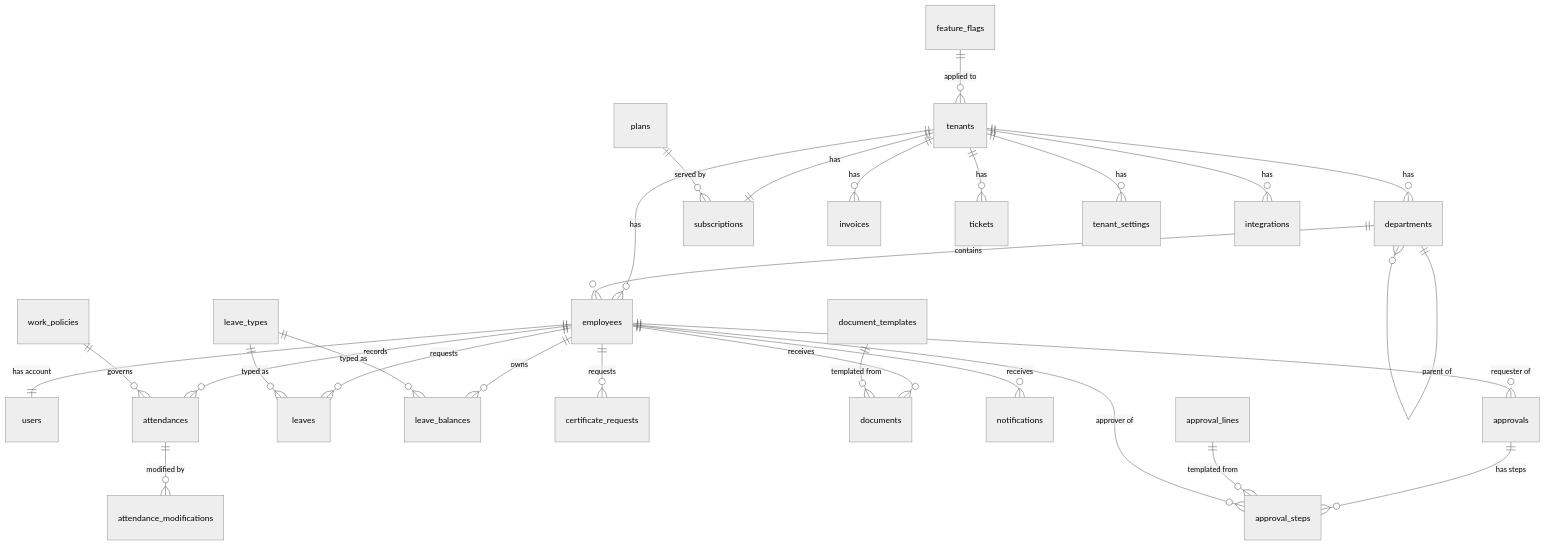
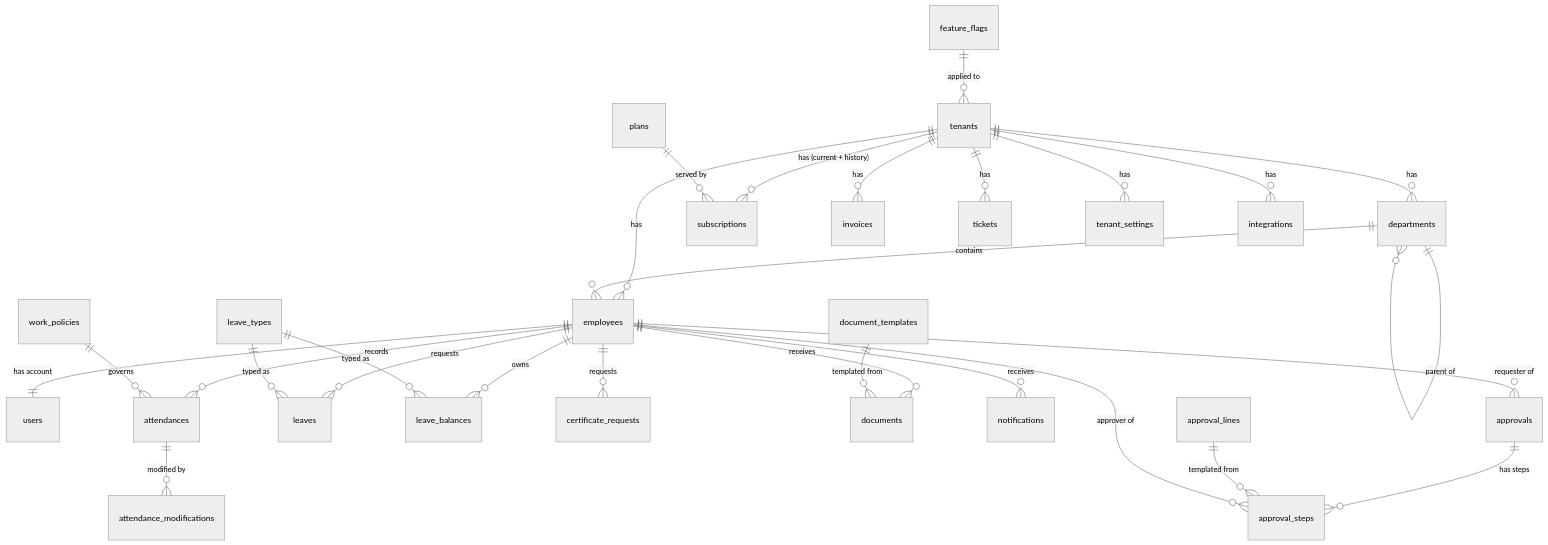
Before and after one commit to flowcoder2025/FlowHR_SOP: the diagram in .flowset/prd/04-data-model.md, drawn with Mermaid (neutral theme). The commit also changed 8 other files, not shown here.

First line of the commit message:
WI-008~010-docs Phase 3 DB ERD PASS (8.68/10) + 즉시 잔존 5건 정리

````diff
--- a/.flowset/prd/04-data-model.md
+++ b/.flowset/prd/04-data-model.md
@@ -68,36 +68,36 @@
 ```mermaid
 erDiagram
     tenants ||--o{ employees : has
     tenants ||--o{ departments : has
-    tenants ||--|| subscriptions : has
+    tenants ||--o{ subscriptions : "has (current + history)"
     tenants ||--o{ invoices : has
     tenants ||--o{ tickets : has
     tenants ||--o{ tenant_settings : has
     tenants ||--o{ integrations : has
 
     plans ||--o{ subscriptions : "served by"
     feature_flags ||--o{ tenants : "applied to"
 
     departments ||--o{ departments : "parent of"
     departments ||--o{ employees : contains
 
     employees ||--|| users : "has account"
     employees ||--o{ attendances : records
     employees ||--o{ leaves : requests
     employees ||--o{ leave_balances : owns
     employees ||--o{ certificate_requests : requests
     employees ||--o{ documents : receives
     employees ||--o{ notifications : receives
     employees ||--o{ approvals : "requester of"
 
     leave_types ||--o{ leaves : "typed as"
     leave_types ||--o{ leave_balances : "typed as"
 
     approvals ||--o{ approval_steps : "has steps"
     approval_lines ||--o{ approval_steps : "templated from"
     employees ||--o{ approval_steps : "approver of"
 
     attendances ||--o{ attendance_modifications : "modified by"
     work_policies ||--o{ attendances : "governs"
     document_templates ||--o{ documents : "templated from"
 ```
````
